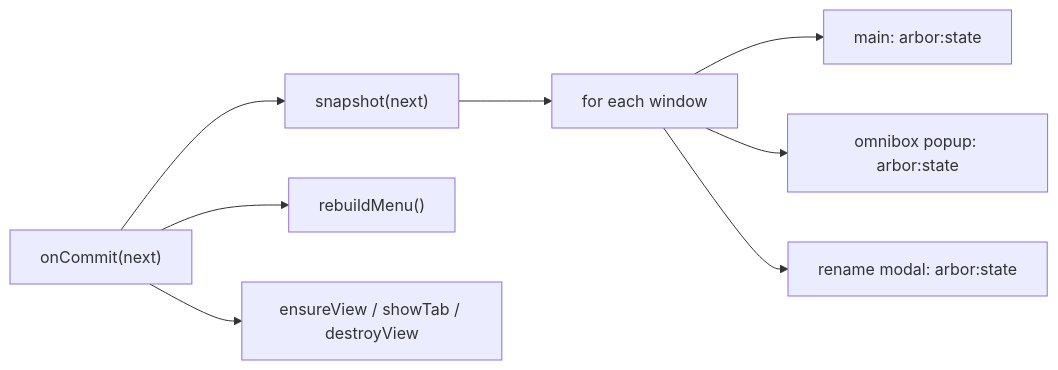
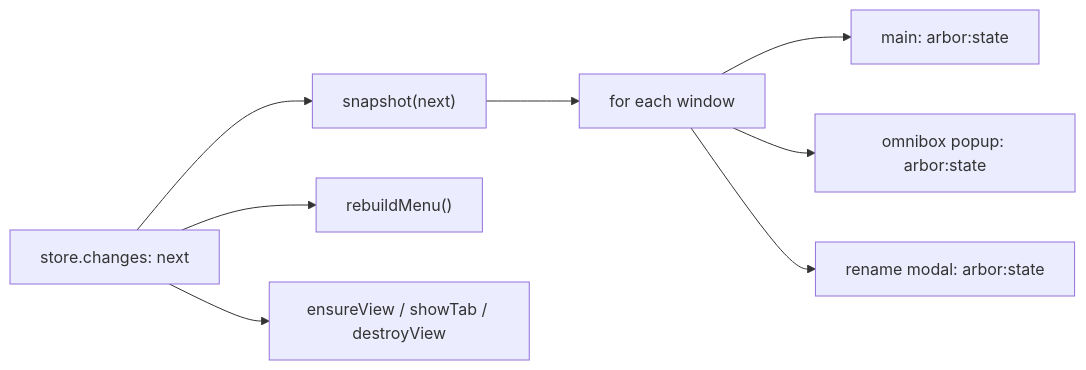
Before and after one commit to rom100main/arbor: the third of 4 diagrams in docs/architecture/02-ipc.md, drawn with Mermaid. The commit also changed 3 other files, not shown here.

Commit message:
docs(architecture): ops no longer throw, use effect on store, adapt the rest of code on effect

````diff
--- a/docs/architecture/02-ipc.md
+++ b/docs/architecture/02-ipc.md
@@ -60,10 +60,10 @@
 ```mermaid
 flowchart LR
-    Commit["onCommit(next)"] --> Snap["snapshot(next)"]
+    Commit["store.changes: next"] --> Snap["snapshot(next)"]
     Snap --> All["for each window"]
     All --> W1["main: arbor:state"]
     All --> W2["omnibox popup: arbor:state"]
     All --> W3["rename modal: arbor:state"]
     Commit --> Menu["rebuildMenu()"]
     Commit --> Views["ensureView / showTab / destroyView"]
 ```
````
